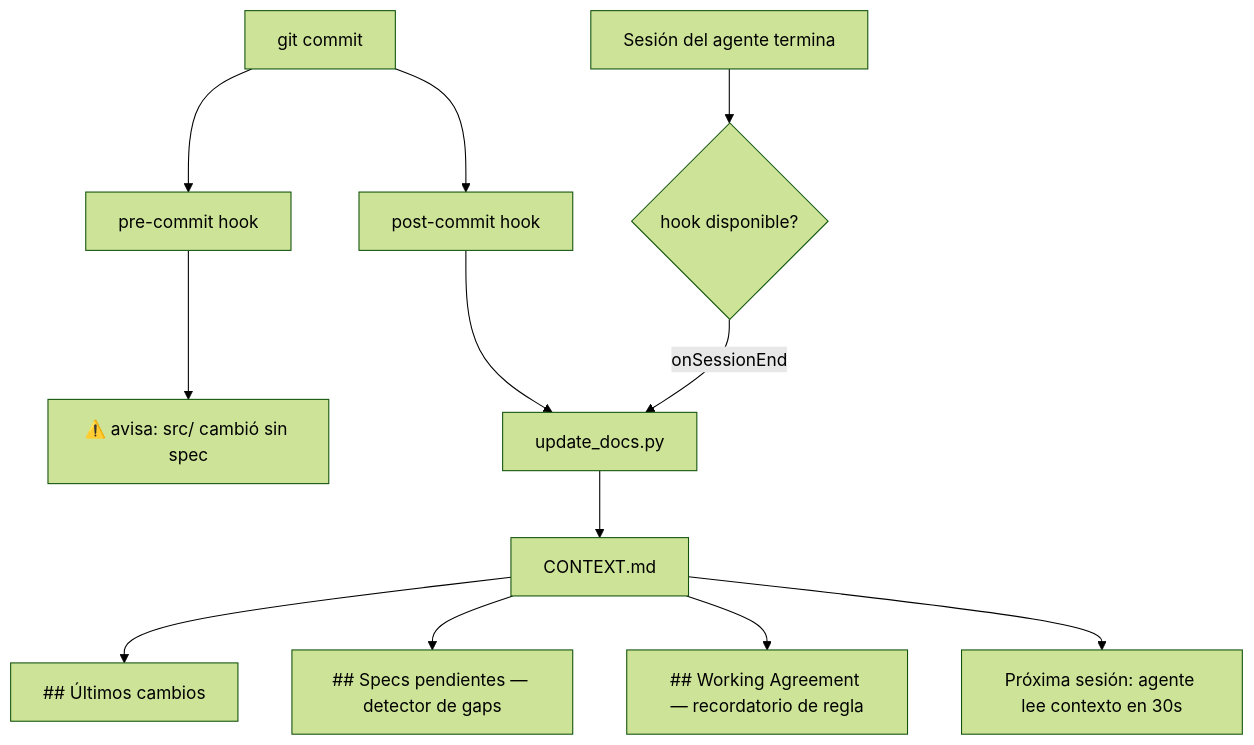
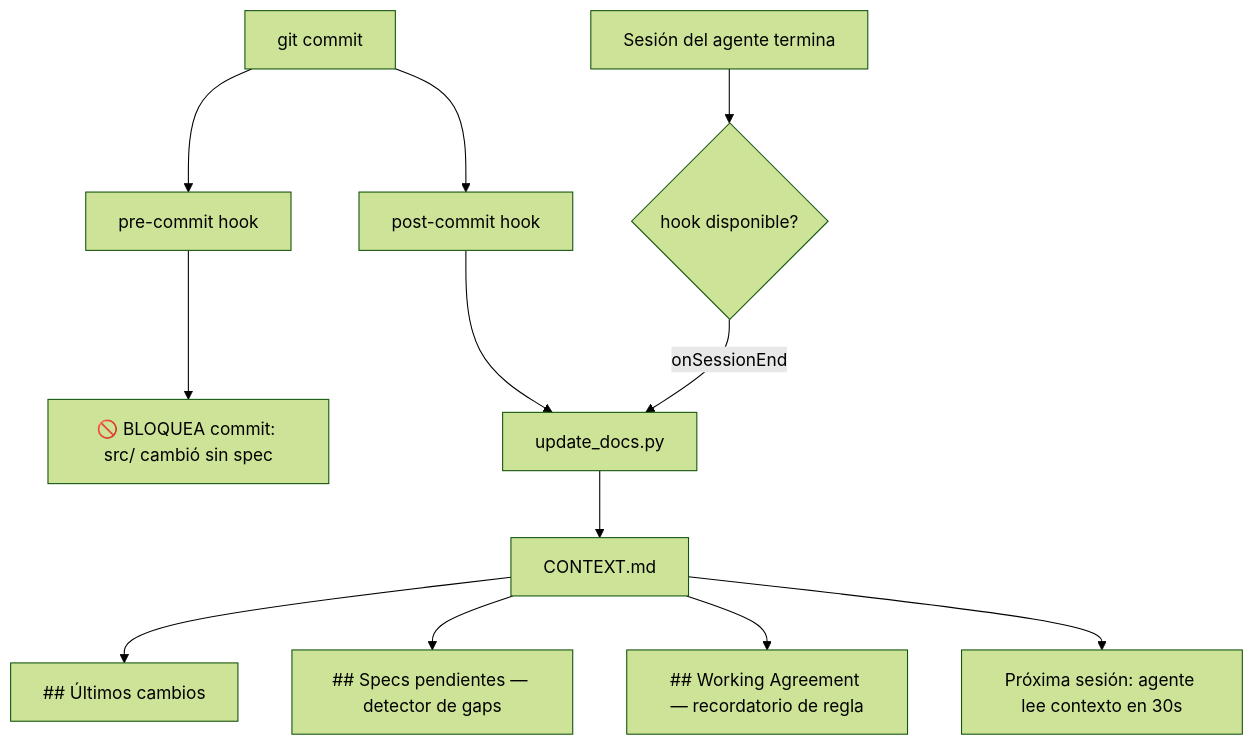
One commit to handoffcl/handoff-open-blueprint changed the first of 2 diagrams in README.md. Above: the diagram before and after it, drawn with Mermaid (forest theme). The commit also changed other lines of this file, not shown here.

Commit message:
docs: documentar pre-commit bloqueante, warning contexto total y tabla WORKING-AGREEMENT en README

````diff
--- a/README.md
+++ b/README.md
@@ -48,14 +48,14 @@
 ```mermaid
 flowchart TD
     A[git commit] --> B[pre-commit hook]
     A --> C[post-commit hook]
-    B --> B1["⚠️ avisa: src/ cambió sin spec"]
+    B --> B1["🚫 BLOQUEA commit: src/ cambió sin spec"]
     C --> D[update_docs.py]
     E[Sesión del agente termina] --> F{hook disponible?}
     F -->|onSessionEnd| D
     D --> G[CONTEXT.md]
     G --> G1["## Últimos cambios"]
     G --> G2["## Specs pendientes — detector de gaps"]
     G --> G3["## Working Agreement — recordatorio de regla"]
     G --> H[Próxima sesión: agente lee contexto en 30s]
 ```
````
